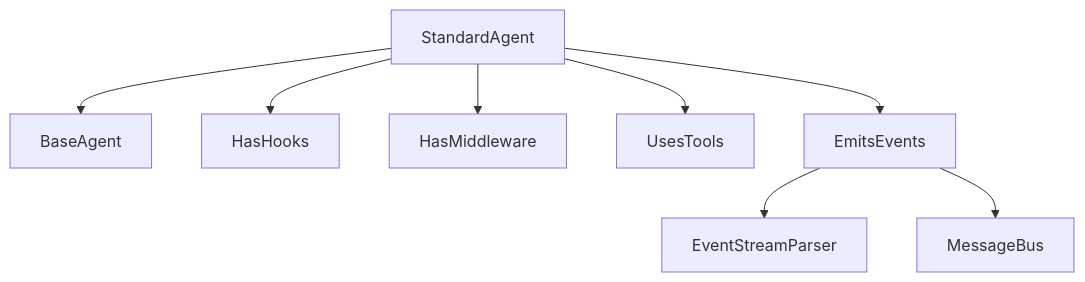
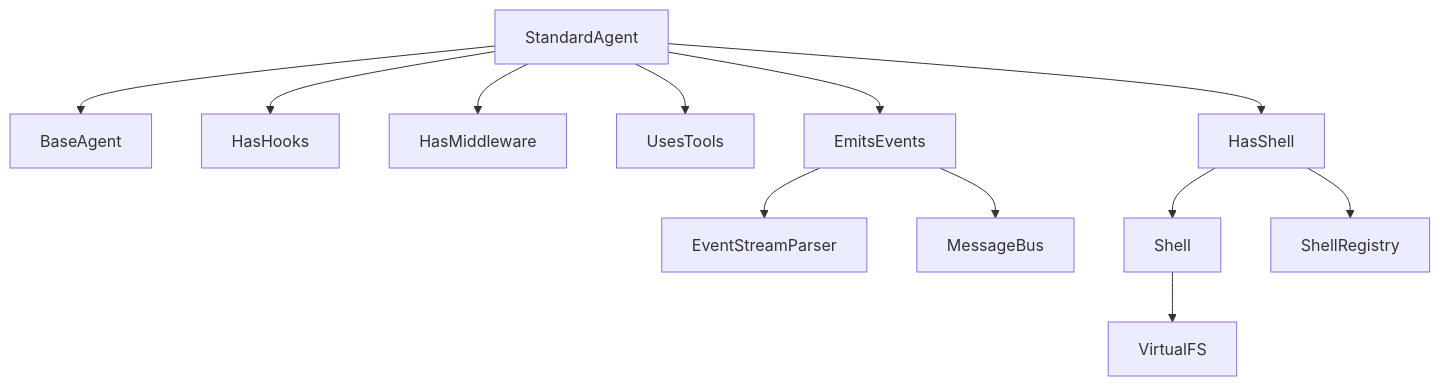
Before and after one commit to looksystems/playground-harness: the diagram in docs/overview.md, drawn with Mermaid. The commit also changed other lines of this file and 12 other files, not shown here.

First line of the commit message:
docs: add virtual shell design, ADRs, conversation history, and guide updates

````diff
--- a/docs/overview.md
+++ b/docs/overview.md
@@ -18,10 +19,14 @@
 ```mermaid
 graph TD
     SA[StandardAgent] --> BA[BaseAgent]
     SA --> HH[HasHooks]
     SA --> HM[HasMiddleware]
     SA --> UT[UsesTools]
     SA --> EE[EmitsEvents]
+    SA --> HS[HasShell]
     EE --> ESP[EventStreamParser]
     EE --> MB[MessageBus]
+    HS --> SH[Shell]
+    HS --> SR[ShellRegistry]
+    SH --> VFS[VirtualFS]
 ```
````
